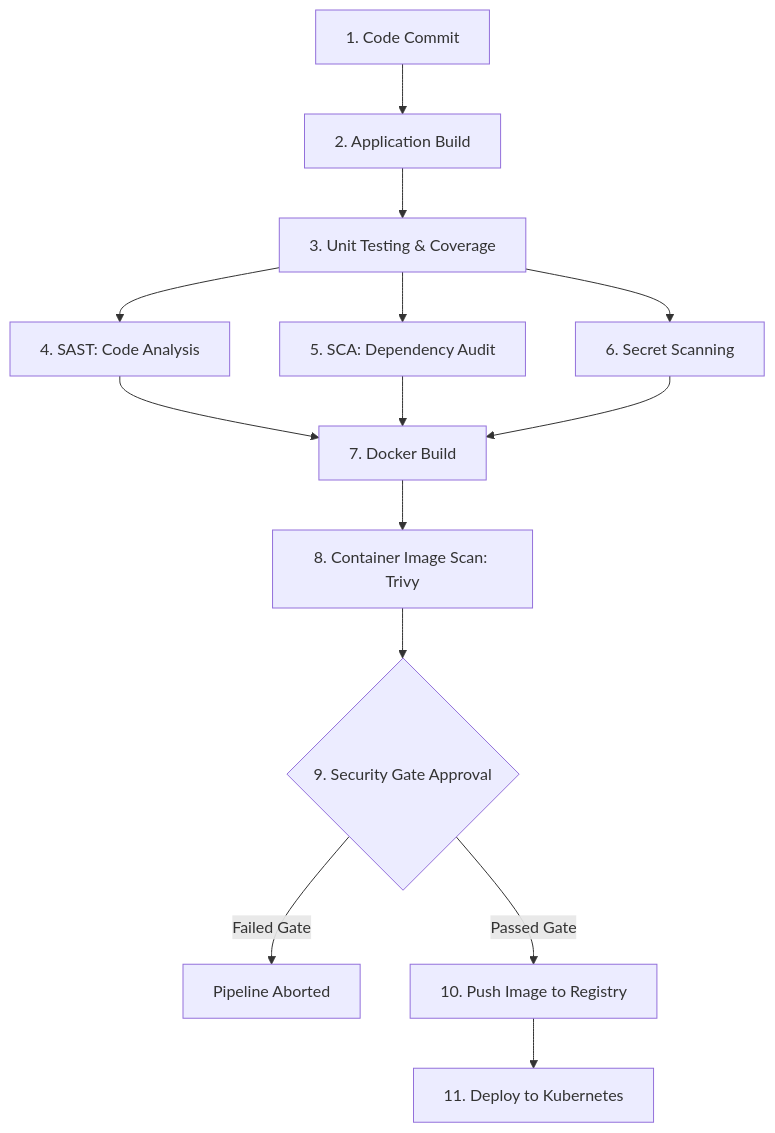
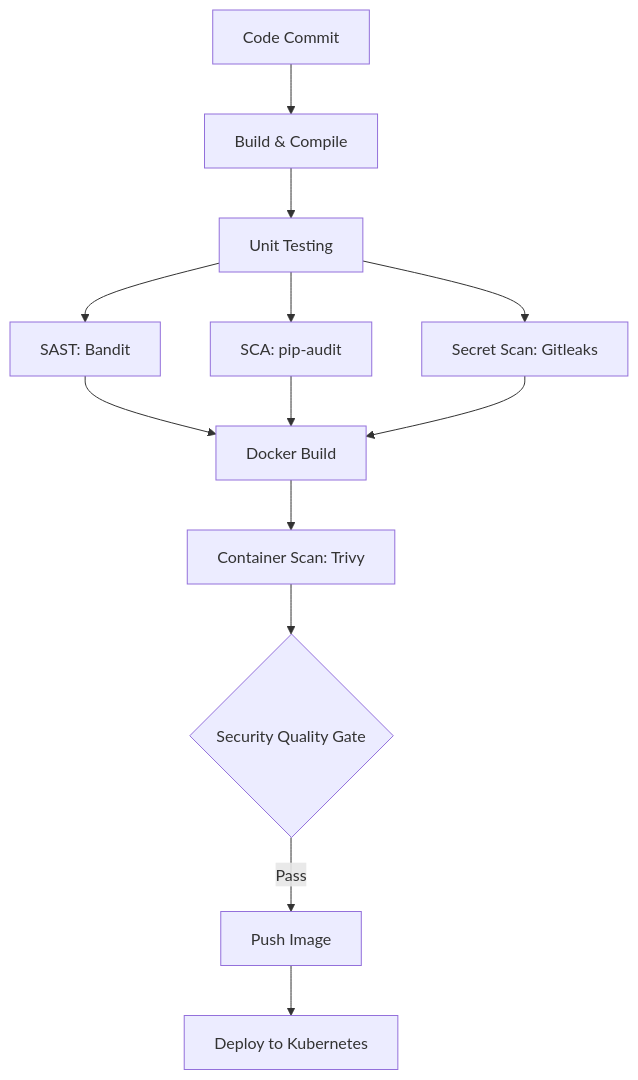
Before and after one commit to SathwikPerla/Devops-Assignment: the diagram in session-17-devsecops/readme.md, drawn with Mermaid. The commit also changed other lines of this file, not shown here.

````diff
--- a/session-17-devsecops/readme.md
+++ b/session-17-devsecops/readme.md
@@ -21,16 +11,15 @@
 ```mermaid
 flowchart TD
-    A[1. Code Commit] --> B[2. Application Build]
-    B --> C[3. Unit Testing & Coverage]
-    C --> D[4. SAST: Code Analysis]
-    C --> E[5. SCA: Dependency Audit]
-    C --> F[6. Secret Scanning]
-    D --> G[7. Docker Build]
+    A[Code Commit] --> B[Build & Compile]
+    B --> C[Unit Testing]
+    C --> D[SAST: Bandit]
+    C --> E[SCA: pip-audit]
+    C --> F[Secret Scan: Gitleaks]
+    D --> G[Docker Build]
     E --> G
     F --> G
-    G --> H[8. Container Image Scan: Trivy]
-    H --> I{9. Security Gate Approval}
-    I -->|Failed Gate| J[Pipeline Aborted]
-    I -->|Passed Gate| K[10. Push Image to Registry]
-    K --> L[11. Deploy to Kubernetes]
+    G --> H[Container Scan: Trivy]
+    H --> I{Security Quality Gate}
+    I -->|Pass| K[Push Image]
+    K --> L[Deploy to Kubernetes]
 ```
````
